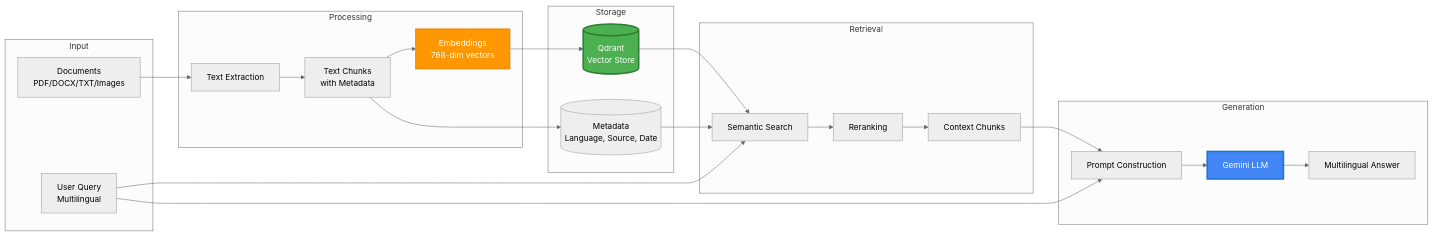
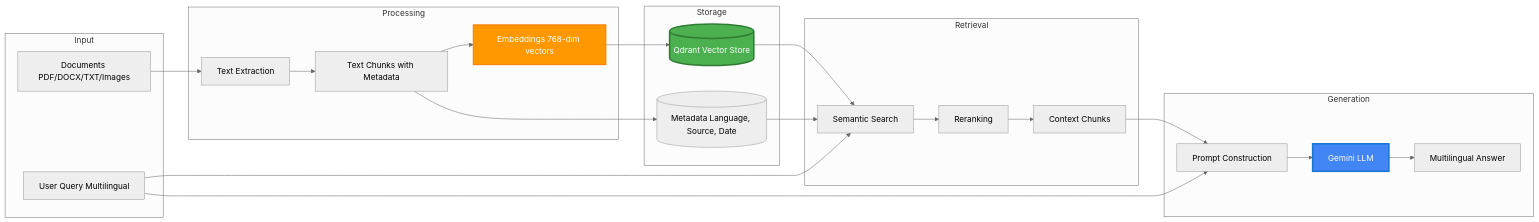
The fifth of 6 diagrams in ARCHITECTURE.md (siv3sh/Client_Nisha_Ma-am), drawn with Mermaid (neutral theme) before and after one commit. The commit also changed other lines of this file and 1 other file, not shown here.

Commit message:
Fix Mermaid syntax errors - remove HTML tags and regenerate diagrams

````diff
--- a/ARCHITECTURE.md
+++ b/ARCHITECTURE.md
@@ -227,50 +227,50 @@
 ```mermaid
 flowchart LR
-    subgraph "Input"
-        Doc[Documents<br/>PDF/DOCX/TXT/Images]
-        Query[User Query<br/>Multilingual]
-    end
-    
-    subgraph "Processing"
-        Text[Text Extraction]
-        Chunks[Text Chunks<br/>with Metadata]
-        Embed[Embeddings<br/>768-dim vectors]
-    end
-    
-    subgraph "Storage"
-        Vectors[(Qdrant<br/>Vector Store)]
-        Meta[(Metadata<br/>Language, Source, Date)]
-    end
-    
-    subgraph "Retrieval"
-        Search[Semantic Search]
-        Rank[Reranking]
-        Context[Context Chunks]
-    end
-    
-    subgraph "Generation"
-        Prompt[Prompt Construction]
-        LLM[Gemini LLM]
-        Answer[Multilingual Answer]
-    end
-    
-    Doc --> Text
-    Text --> Chunks
-    Chunks --> Embed
-    Embed --> Vectors
-    Chunks --> Meta
-    
-    Query --> Search
-    Vectors --> Search
-    Meta --> Search
-    Search --> Rank
-    Rank --> Context
-    Context --> Prompt
-    Query --> Prompt
-    Prompt --> LLM
-    LLM --> Answer
-    
-    style Vectors fill:#4CAF50,stroke:#2E7D32,stroke-width:3px,color:#fff
-    style LLM fill:#4285F4,stroke:#1976D2,stroke-width:3px,color:#fff
-    style Embed fill:#FF9800,stroke:#F57C00,stroke-width:2px,color:#fff
+ subgraph "Input"
+ Doc[Documents PDF/DOCX/TXT/Images]
+ Query[User Query Multilingual]
+ end
+
+ subgraph "Processing"
+ Text[Text Extraction]
+ Chunks[Text Chunks with Metadata]
+ Embed[Embeddings 768-dim vectors]
+ end
+
+ subgraph "Storage"
+ Vectors[(Qdrant Vector Store)]
+ Meta[(Metadata Language, Source, Date)]
+ end
+
+ subgraph "Retrieval"
+ Search[Semantic Search]
+ Rank[Reranking]
+ Context[Context Chunks]
+ end
+
+ subgraph "Generation"
+ Prompt[Prompt Construction]
+ LLM[Gemini LLM]
+ Answer[Multilingual Answer]
+ end
+
+ Doc --> Text
+ Text --> Chunks
+ Chunks --> Embed
+ Embed --> Vectors
+ Chunks --> Meta
+
+ Query --> Search
+ Vectors --> Search
+ Meta --> Search
+ Search --> Rank
+ Rank --> Context
+ Context --> Prompt
+ Query --> Prompt
+ Prompt --> LLM
+ LLM --> Answer
+
+ style Vectors fill:#4CAF50,stroke:#2E7D32,stroke-width:3px,color:#fff
+ style LLM fill:#4285F4,stroke:#1976D2,stroke-width:3px,color:#fff
+ style Embed fill:#FF9800,stroke:#F57C00,stroke-width:2px,color:#fff
 ```
````
